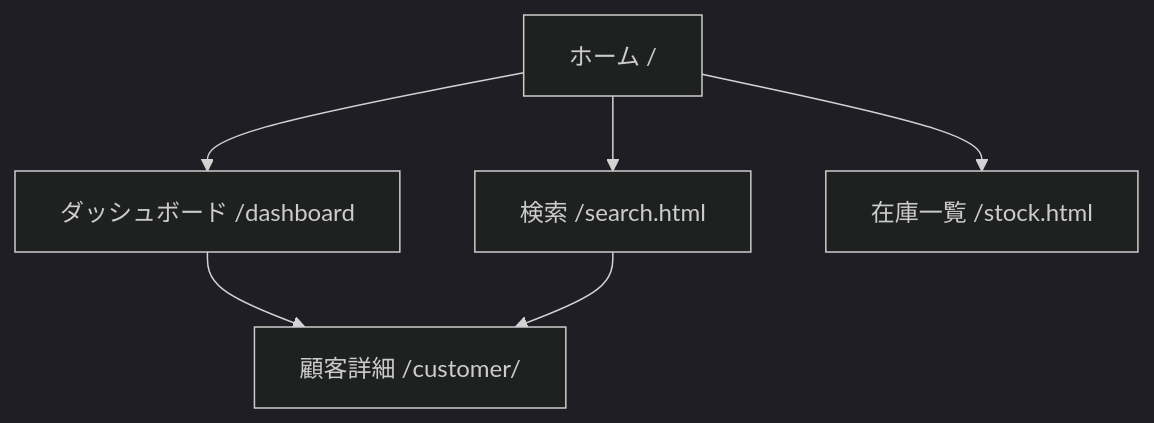
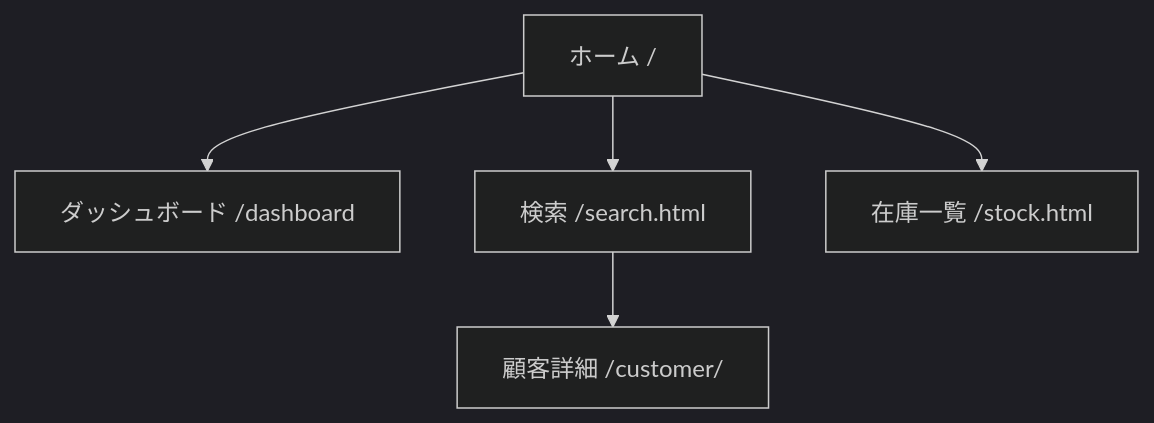
One commit to 31916/jikken3-kai changed the diagram in docs/screen_flow.md. Above: the diagram before and after it, drawn with Mermaid (dark theme). The commit also changed 2 other files, not shown here.

Commit message:
一旦更新

````diff
--- a/docs/screen_flow.md
+++ b/docs/screen_flow.md
@@ -17,11 +17,10 @@
 ```mermaid
 flowchart TD
 
 A[ホーム /] --> B[ダッシュボード /dashboard]
 A --> C[検索 /search.html]
 A --> D[在庫一覧 /stock.html]
 
-B --> E[顧客詳細 /customer/<id>]
-C --> E
+C --> E[顧客詳細 /customer/<id>]
 
 ```
````
